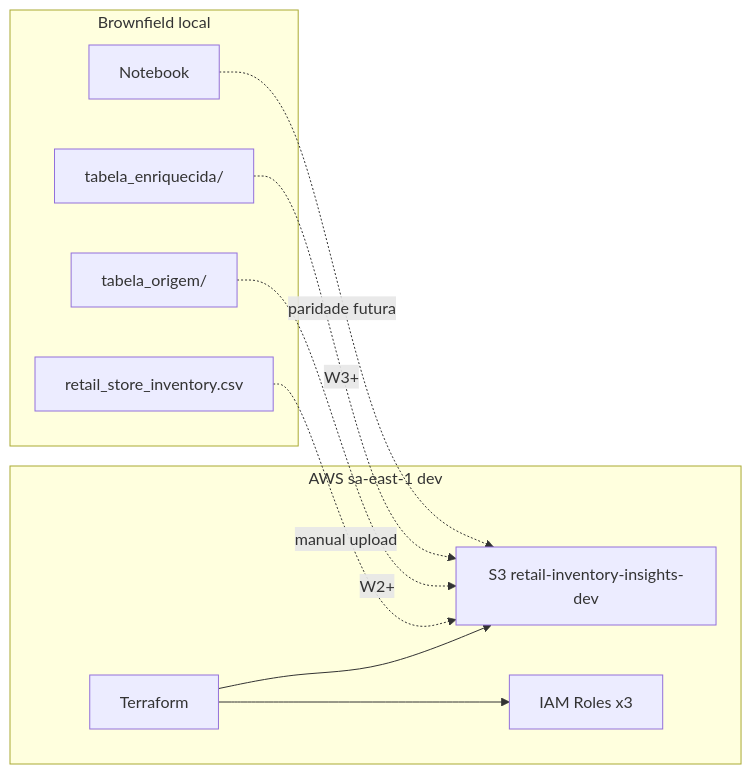
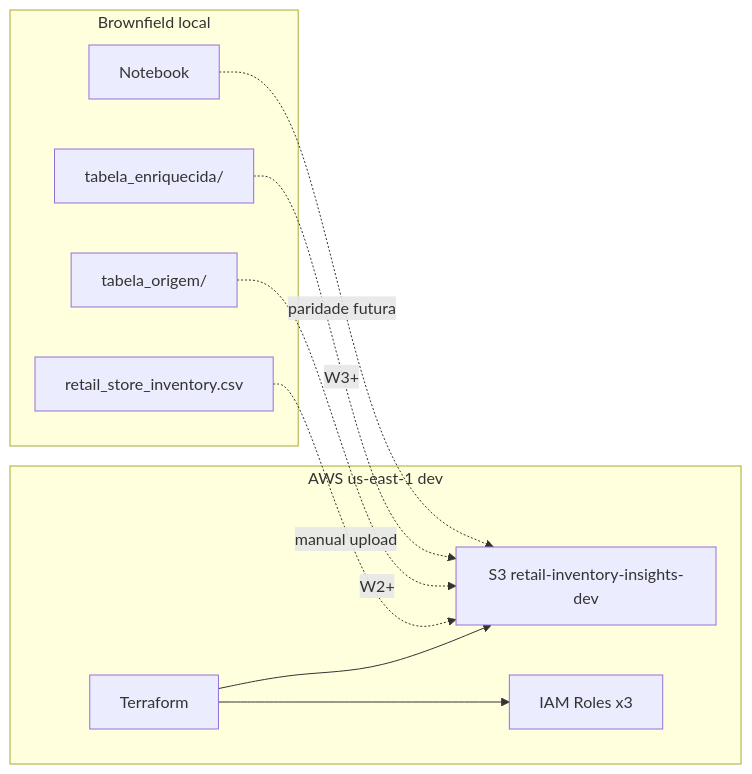
Before and after one commit to welligtoncos/datamesh-retail-inventory-insights-d1-d2-d3: the diagram in aidlc-docs/inception/application-design/application-design.md, drawn with Mermaid. The commit also changed other lines of this file and 28 other files, not shown here.

First line of the commit message:
feat: migrar infra para us-east-1 e validar W2 no bucket retail-inventory-insights-dev-use1

````diff
--- a/aidlc-docs/inception/application-design/application-design.md
+++ b/aidlc-docs/inception/application-design/application-design.md
@@ -19,22 +19,22 @@
 ```mermaid
 flowchart LR
     subgraph Local["Brownfield local"]
         NB["Notebook"]
         CSV["retail_store_inventory.csv"]
         TO["tabela_origem/"]
         TE["tabela_enriquecida/"]
     end
 
-    subgraph AWS_Dev["AWS sa-east-1 dev"]
+    subgraph AWS_Dev["AWS us-east-1 dev"]
         S3["S3 retail-inventory-insights-dev"]
         IAM["IAM Roles x3"]
         TF["Terraform"]
     end
 
     TF --> S3
     TF --> IAM
     CSV -.->|manual upload| S3
     TO -.->|W2+| S3
     TE -.->|W3+| S3
     NB -.->|paridade futura| S3
 ```
````
